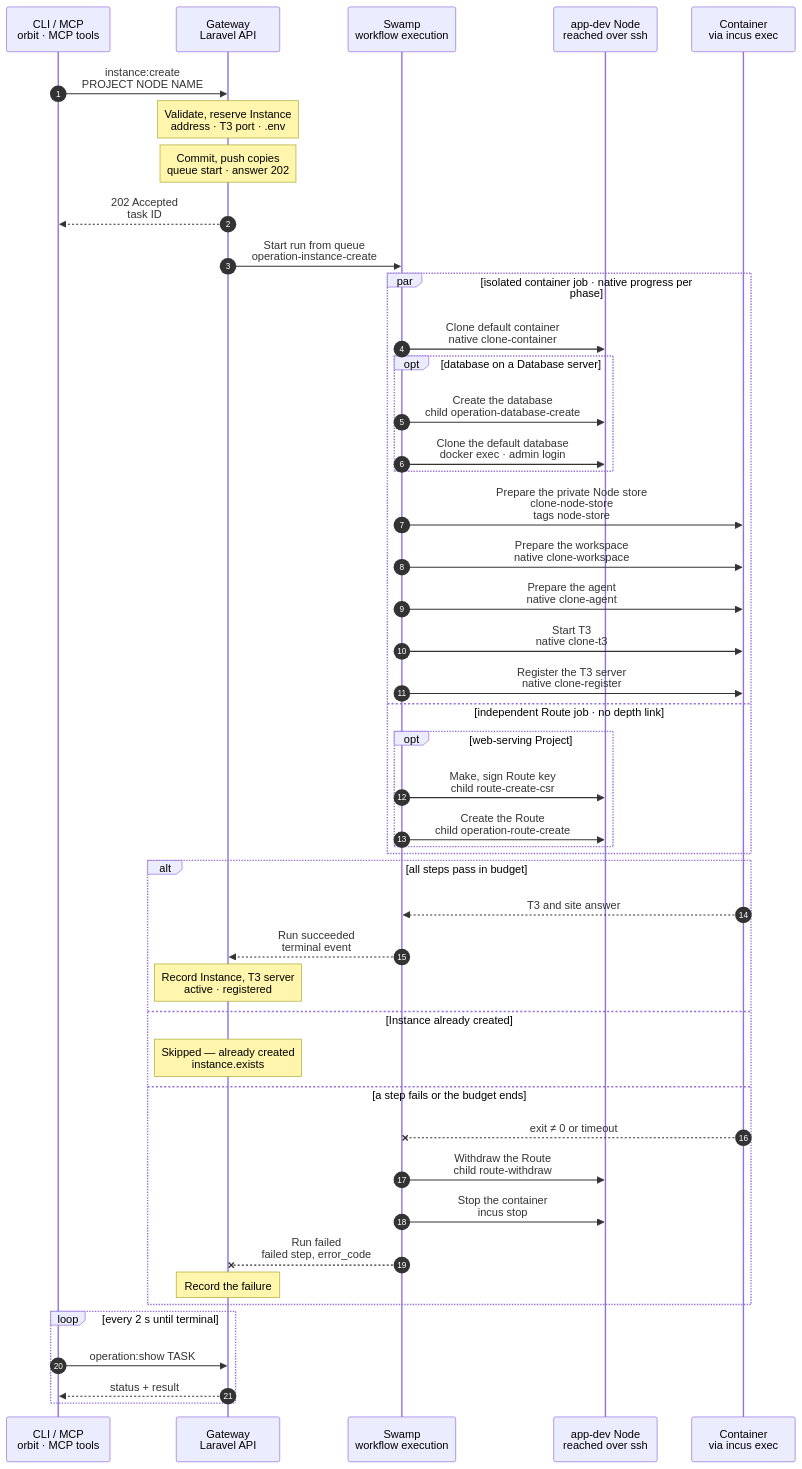
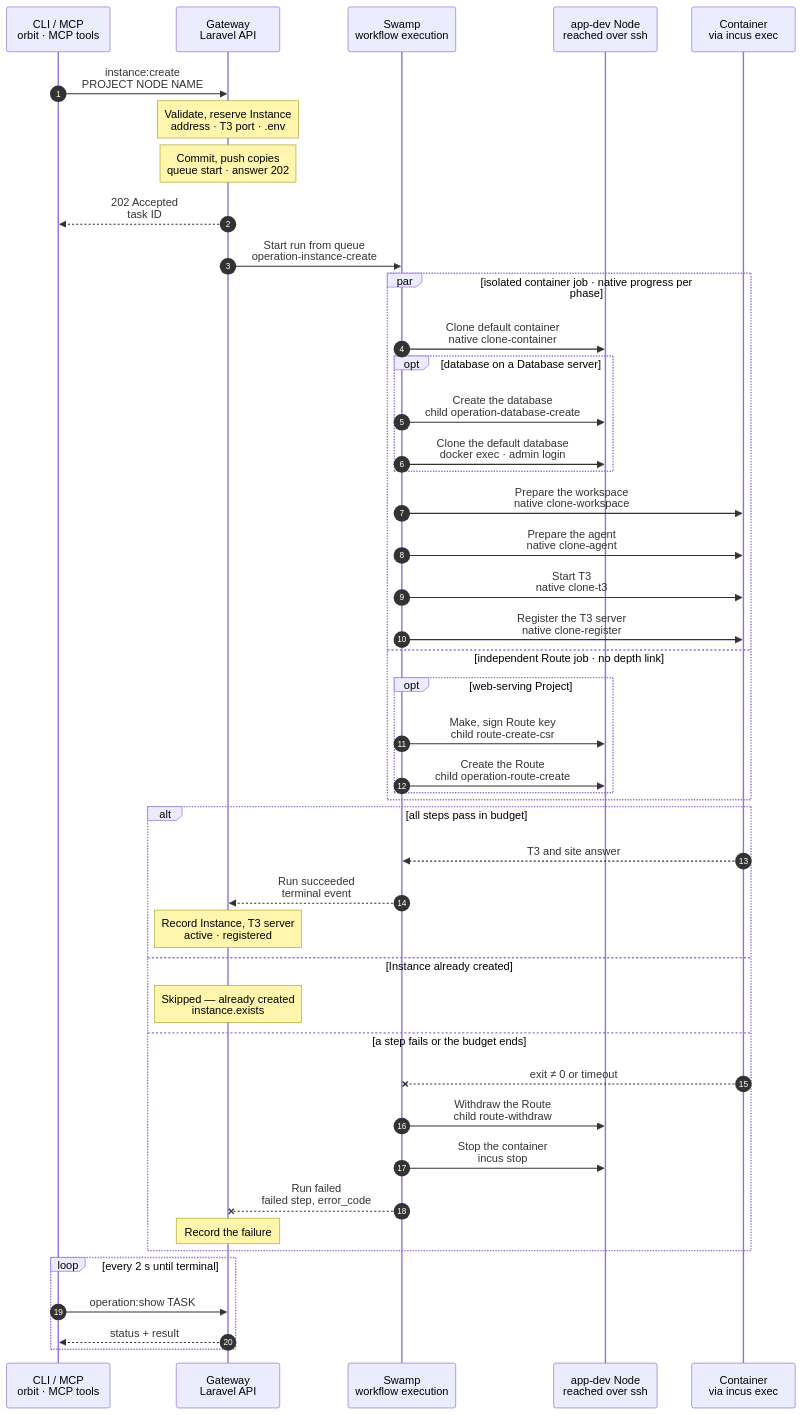
Before and after one commit to hardimpactdev/orbit: the diagram in docs/cli/instance/container/create.mmd, drawn with Mermaid. The commit also changed 2 other files, not shown here.

Commit message:
docs: fold clone Node preparation into workspace launch

```diff
--- a/docs/cli/instance/container/create.mmd
+++ b/docs/cli/instance/container/create.mmd
@@ -1,123 +1,122 @@
 sequenceDiagram
   %% Target design, container runtime (ADR 0250 step 3, docs/reference/development-containers.md#create): every new Instance is a ZFS clone of the Project's default Instance on its Node, with a clone of its database. Built for the Nodes of the build list. The kind and its step names follow docs/cli/instance/create.mmd; the intent's `container.clone` marks a clone. The Project's first default Instance is container/create-default.mmd; when the charts move into place, it becomes the first-default branch of this chart.
   %% status: draft
   %% command: instance:create
   %% kind: instance.create
   autonumber
   %% lane CLI icon=terminal pill=caller tone=gray
   %% lane GW icon=gateway pill=intent tone=blue
   %% lane SW icon=workflow pill=executes tone=green
   %% lane N icon=server pill=target tone=amber
   %% lane C icon=server pill=target tone=purple
   participant CLI as CLI / MCP<br/>orbit · MCP tools
   participant GW as Gateway<br/>Laravel API
   participant SW as Swamp<br/>workflow execution
   participant N as app-dev Node<br/>reached over ssh
   participant C as Container<br/>via incus exec
   CLI->>GW: instance:create<br/>PROJECT NODE NAME
   %%> Command:
   %%> - `orbit instance:create PROJECT NODE NAME`
   %%> - syntax: `<project> <node> <name> [--root=PATH] [--domain=HOST] [--branch=BRANCH] [--database-server=SLUG]`
   Note over GW: Validate, reserve Instance<br/>address · T3 port · .env
   %%> Requirements:
   %%> - the calling Node has node access to the target Node, an active `app-dev` Node
   %%> - the Project's `default` Instance runs in a container on this Node, is active and has a seed snapshot, else `instance.default_missing`
   %%> - Conn is enabled, and the model router has its guard, else `operation.kind_unavailable`
   %%> - a database on a Database server clones on the default's server; another server refuses `instance.database_clone_unsupported`
   %%> Result:
   %%> - the Instance is reserved with its runtime record: container name, bridge address, the lowest free T3 port from 3800 and the default as clone source
   %%> - `.env` is rendered from the Project's env template; it, the placeholder model key and a repository read token go to the vault
   %%> - the clone workspace reads one private JSON vault value with `.env` and the Process environment files; SSH stdin takes the whole value
   %%> - a task is recorded with the full intent and `container.clone`
   Note over GW: Commit, push copies<br/>queue start · answer 202
   GW-->>CLI: 202 Accepted<br/>task ID
   GW->>SW: Start run from queue<br/>operation-instance-create
   par isolated container job · native progress per phase
     SW->>N: Clone default container<br/>native clone-container
     %%> What it does:
     %%> - the copy supplies the full root disk device (type, path, pool and size), whether the seed inherits it or stores it locally
     %%> - `incus copy` of the default container's snapshot `seed-<commit>`, a ZFS clone; a stopped default needs no start
     %%> - the copy gets its own bridge address and ACL, and the proxy device `t3`: NAT from the Node's WireGuard address and the T3 port to T3's port 3773
     %%> - the container's ACL lets the Node's Caddy reach port 8080, WireGuard peers reach port 3773, and the container reach its database server's port
     %%> - UFW: a route rule admits WireGuard peers to T3, below a deny for the task VM range; a rule admits the container to its database server's port
     %%> - starts the copy: nftables, `hidepid` and the image's units start; T3 does not, because `/etc/orbit/instance` does not exist yet
     %%> Mail:
     %%> - the same launch applies the exact SMTP path before the four root-owned mail units; no separate mail playbook or step
     %%> - two IPv4 loopback sockets forward 1025 and 2525; foreign units or listeners skip setup without stopping their Process
     %%> On mail failure:
     %%> - keep a mail warning and continue workspace, T3 and registration; mail:update remains the repair command
     %%> Branch:
     %%> - fetches the Instance's branch into the Node's mirror with the read token, or creates it at the seed commit; the token stays on the Node
     opt database on a Database server
       SW->>N: Create the database<br/>child operation-database-create
       %%> What it does, through the database family:
       %%> - creates the Instance's owner and an empty database on the default's server
       SW->>N: Clone the default database<br/>docker exec · admin login
       %%> What it does:
       %%> - PostgreSQL: refuses new connections to the default database and ends its sessions, then `CREATE DATABASE … TEMPLATE`, and gives the clone's objects to the new owner
       %%> - a cleanup that always runs allows connections to the default database again
       %%> - MySQL: a dump of the default database restored into the new one
       %%> Runs beside the clone step: Swamp starts both at once.
     end
-    SW->>C: Prepare the private Node store<br/>clone-node-store<br/>tags node-store
-    %%> - preserves downloaded runtimes from the seed, converts an old shared-store link as orbit, and copies the current recipe; workspace preparation fetches a changed branch pin before starting Processes
     SW->>C: Prepare the workspace<br/>native clone-workspace
     %%> What it does:
     %%> - pushes the branch in as a bundle and checks it out in `/srv/workspace`; the group, setgid bits and default ACLs come with the clone
     %%> - writes `.env` for `orbit` with group `work`; it keeps the default's `APP_KEY`, because the cloned data is encrypted with it
+    %%> - before Process start, prepares and fetches Node as orbit in this same phase; an inherited private recipe is kept, an old store is converted once, and no Node/Vite consumer leaves the store untouched
     %%> No setup steps:
     %%> - the default Instance installed the dependencies and migrated; a later lockfile change is installed in the workspace
     SW->>C: Prepare the agent<br/>native clone-agent
     %%> What it does:
     %%> - writes the placeholder key for `agent`, and the Claude Code and Codex settings that point at the model forwarder
     %%> - links `~/.claude/CLAUDE.md` and `~/.codex/AGENTS.md` of `agent` to the note of the Project type
     %%> - writes `/etc/orbit/instance`, owned by root and readable by all
     %%> What it does:
     %%> - writes the shared FrankenPHP Caddyfile and unit, then restarts it as `orbit`; only the Node's bridge peer with `X-Forwarded-Proto: https` sets PHP's HTTPS scheme, port and resolved client IP
   %%> - starts use nonblocking systemd jobs, then a bounded readiness check for each running unit; container Process units order after `network.target`
     SW->>C: Start T3<br/>native clone-t3
     %%> What it does:
     %%> - T3 starts for the first time and creates its identity; the T3 project `/srv/workspace` is added as `agent`
     %%> Check:
     %%> - waits up to 30 s for `/.well-known/t3/environment`, else `instance.t3_unready`
     SW->>C: Register the T3 server<br/>native clone-register
     %%> What it does:
     %%> - see container/t3-register.mmd: the sessions go to the vault, and the step checks the environment id and scopes
   and independent Route job · no depth link
     opt web-serving Project
       SW->>N: Make, sign Route key<br/>child route-create-csr
       SW->>N: Create the Route<br/>child operation-route-create
       %%> What it adds:
       %%> - the same steps as `route:create`, with the signed certificate, then a TLS handshake check; no HTTP request waits for app startup
       %%> - the Node's Caddy proxies the Route to FrankenPHP at the container's bridge address
       %%> - the Route job waits only for its CSR; a separate job prevents depth scheduling from delaying the container phases
       %%> - the prepared Route skips workspace ACL and environment writes; the container job owns those
     end
   end
   alt all steps pass in budget
     C-->>SW: T3 and site answer
     SW-->>GW: Run succeeded<br/>terminal event
     Note over GW: Record Instance, T3 server<br/>active · registered
     %%> Result:
     %%> - the Instance, its runtime and its Route become active; the runtime records the default Instance it came from
     %%> - the Conn layer records the T3 server from the result; its Node is the container's Node and it names the Instance
     %%> - the receipt includes when T3 answered, its sessions passed, and the Route TLS probes passed
   else Instance already created
     Note over GW: Skipped — already created<br/>instance.exists
   else a step fails or the budget ends
     C--xSW: exit ≠ 0 or timeout
     SW->>N: Withdraw the Route<br/>child route-withdraw
     %%> When:
     %%> - only when the run published it
     SW->>N: Stop the container<br/>incus stop
     %%> What stays:
     %%> - the stopped container, its database and its runtime record, marked failed; `instance:destroy` removes them
     SW--xGW: Run failed<br/>failed step, error_code
     Note over GW: Record the failure
     %%> Retry:
     %%> - run the same command again; it resumes on the same container and database
   end
   loop every 2 s until terminal
     CLI->>GW: operation:show TASK
     GW-->>CLI: status + result
   end
```
